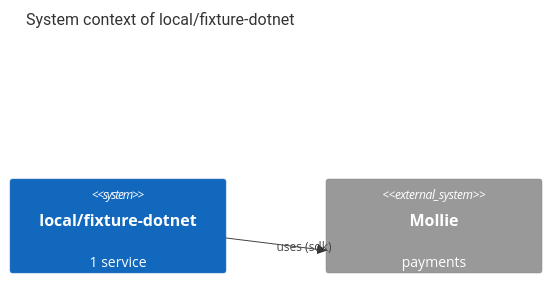
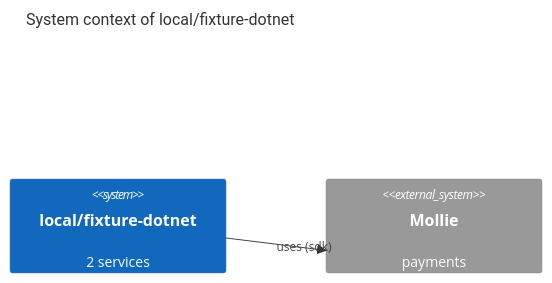
One commit to cernly/cernly changed the first of 3 diagrams in cli/testdata/fixture-dotnet.docs.golden.md. Above: the diagram before and after it, drawn with Mermaid. The commit also changed other lines of this file and 148 other files, not shown here.

````diff
--- a/cli/testdata/fixture-dotnet.docs.golden.md
+++ b/cli/testdata/fixture-dotnet.docs.golden.md
@@ -17,7 +17,7 @@
 ```mermaid
 C4Context
   title System context of local/fixture-dotnet
-  System(sys_local_fixture_dotnet, "local/fixture-dotnet", "1 service")
+  System(sys_local_fixture_dotnet, "local/fixture-dotnet", "2 services")
   System_Ext(p_mollie, "Mollie", "payments")
   Rel(sys_local_fixture_dotnet, p_mollie, "uses (sdk)")
 ```
````
